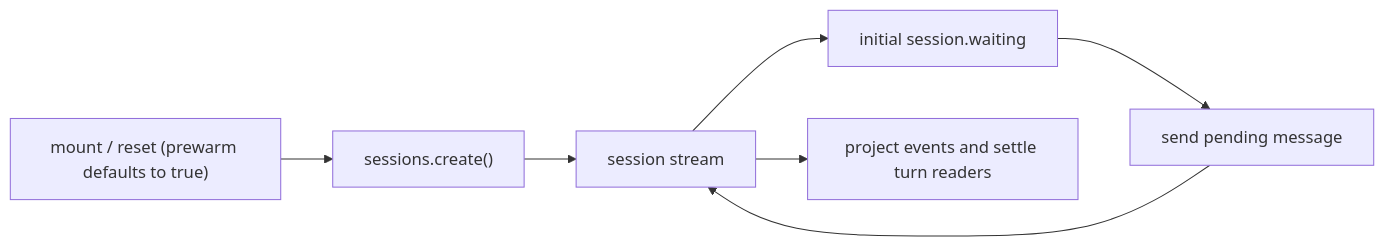
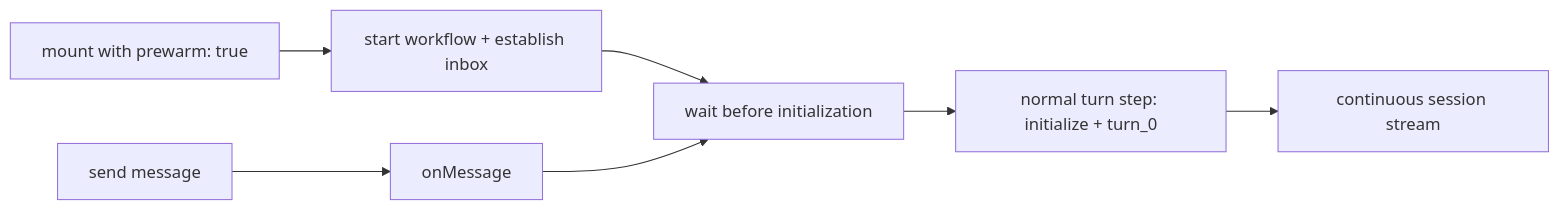
One commit to Caceras/eve-template changed the diagram in research/session-prewarming.md. Above: the diagram before and after it, drawn with Mermaid. The commit also changed other lines of this file and 44 other files, not shown here.

Commit message:
fix(eve): prewarming - defer initialization until first message

````diff
--- a/research/session-prewarming.md
+++ b/research/session-prewarming.md
@@ -46,9 +32,9 @@
 ```mermaid
 flowchart LR
-  Mount["mount / reset (prewarm defaults to true)"] --> Create["sessions.create()"]
-  Create --> Pump["session stream"]
-  Pump --> Ready["initial session.waiting"]
-  Ready --> Send["send pending message"]
-  Send --> Pump
-  Pump --> UI["project events and settle turn readers"]
+  Mount["mount with prewarm: true"] --> Create["start workflow + establish inbox"]
+  Create --> Wait["wait before initialization"]
+  Send["send message"] --> Channel["onMessage"]
+  Channel --> Wait
+  Wait --> Init["normal turn step: initialize + turn_0"]
+  Init --> Stream["continuous session stream"]
 ```
````
